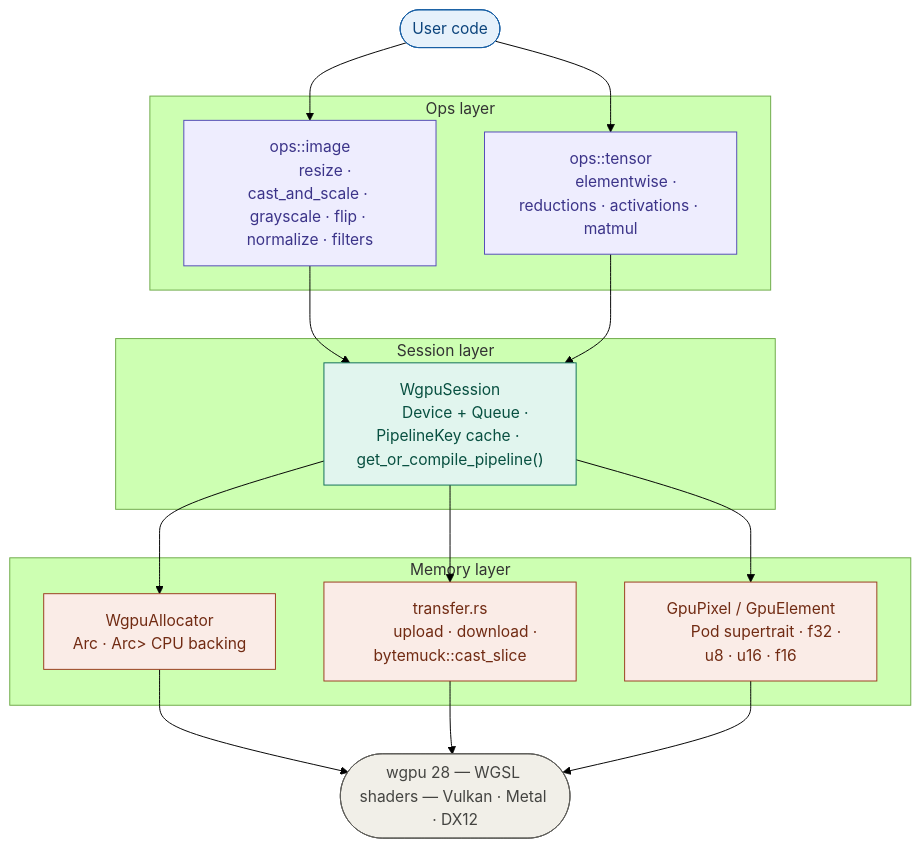
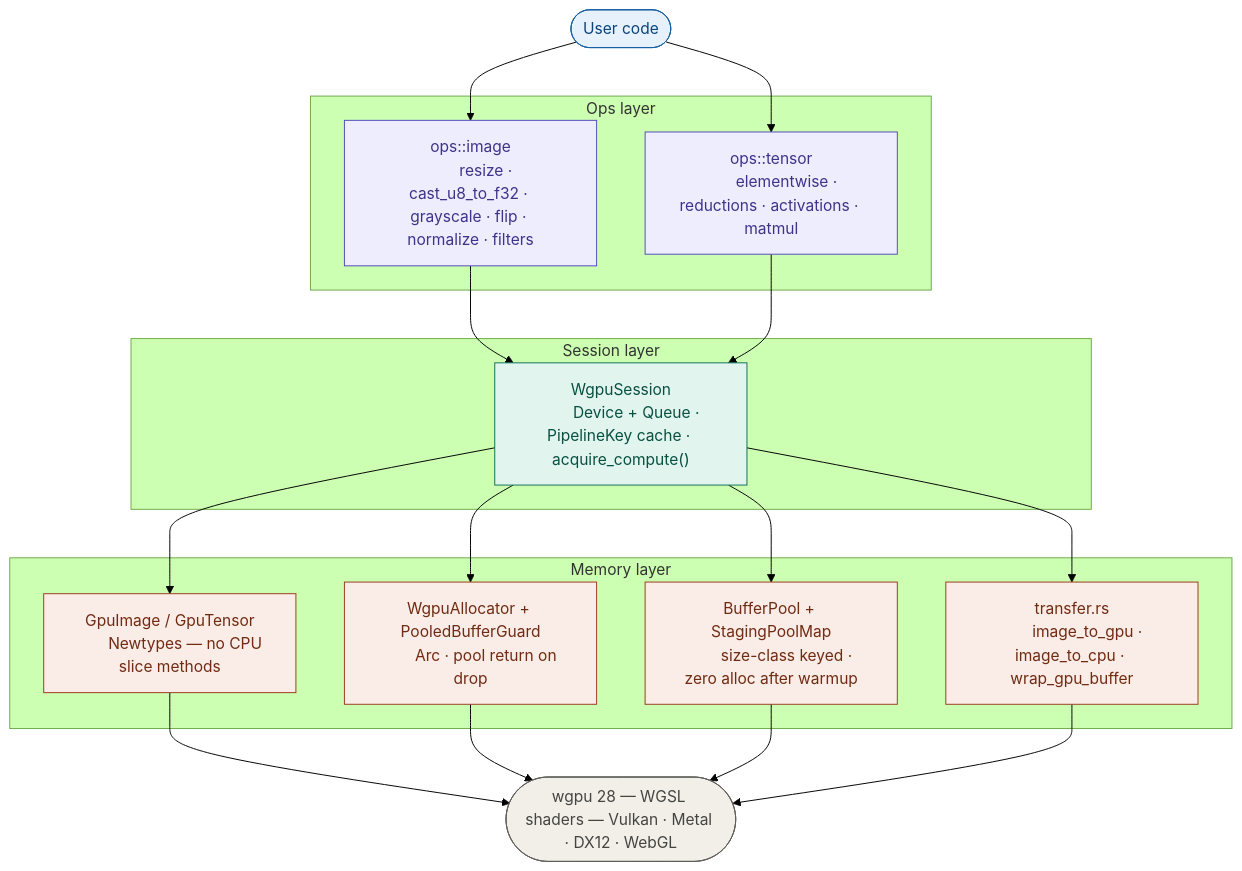
The diagram in crates/kornia-wgpu/README.md (Nyx128/kornia-rs), drawn with Mermaid (forest theme) before and after one commit. The commit also changed other lines of this file and 18 other files, not shown here.

Commit message:
add memory pools for gpu allocations, optimise transfer, introduce Gpu Types for safety, new tensor benchmarks

````diff
--- a/crates/kornia-wgpu/README.md
+++ b/crates/kornia-wgpu/README.md
@@ -29,38 +41,40 @@
 ```mermaid
 flowchart TB
     U(["User code"]):::user
 
     subgraph OPS["  Ops layer  "]
         OI["ops::image
-        resize · cast_and_scale · grayscale · flip · normalize · filters"]:::ops
+        resize · cast_u8_to_f32 · grayscale · flip · normalize · filters"]:::ops
         OT["ops::tensor
         elementwise · reductions · activations · matmul"]:::ops
     end
 
     subgraph SES["  Session layer  "]
         S["WgpuSession
-        Device + Queue · PipelineKey cache · get_or_compile_pipeline()"]:::session
+        Device + Queue · PipelineKey cache · acquire_compute()"]:::session
     end
 
     subgraph MEM["  Memory layer  "]
-        MA["WgpuAllocator
-        Arc<wgpu::Buffer> · Arc<Vec<u8>> CPU backing"]:::memory
+        GT["GpuImage / GpuTensor
+        Newtypes — no CPU slice methods"]:::memory
+        MA["WgpuAllocator + PooledBufferGuard
+        Arc<wgpu::Buffer> · pool return on drop"]:::memory
+        MP["BufferPool + StagingPoolMap
+        size-class keyed · zero alloc after warmup"]:::memory
         MT["transfer.rs
-        upload · download · bytemuck::cast_slice"]:::memory
-        MG["GpuPixel / GpuElement
-        Pod supertrait · f32 · u8 · u16 · f16"]:::memory
+        image_to_gpu · image_to_cpu · wrap_gpu_buffer"]:::memory
     end
 
-    W(["wgpu 28 — WGSL shaders — Vulkan · Metal · DX12"]):::wgpu
+    W(["wgpu 28 — WGSL shaders — Vulkan · Metal · DX12 · WebGL"]):::wgpu
 
     U --> OI & OT
     OI & OT --> S
-    S --> MA & MT & MG
-    MA & MT & MG --> W
+    S --> GT & MA & MP & MT
+    GT & MA & MP & MT --> W
 
     classDef user    fill:#E6F1FB,stroke:#185FA5,color:#0C447C
     classDef ops     fill:#EEEDFE,stroke:#534AB7,color:#3C3489
     classDef session fill:#E1F5EE,stroke:#0F6E56,color:#085041
     classDef memory  fill:#FAECE7,stroke:#993C1D,color:#712B13
     classDef wgpu    fill:#F1EFE8,stroke:#5F5E5A,color:#444441
 ```
````
